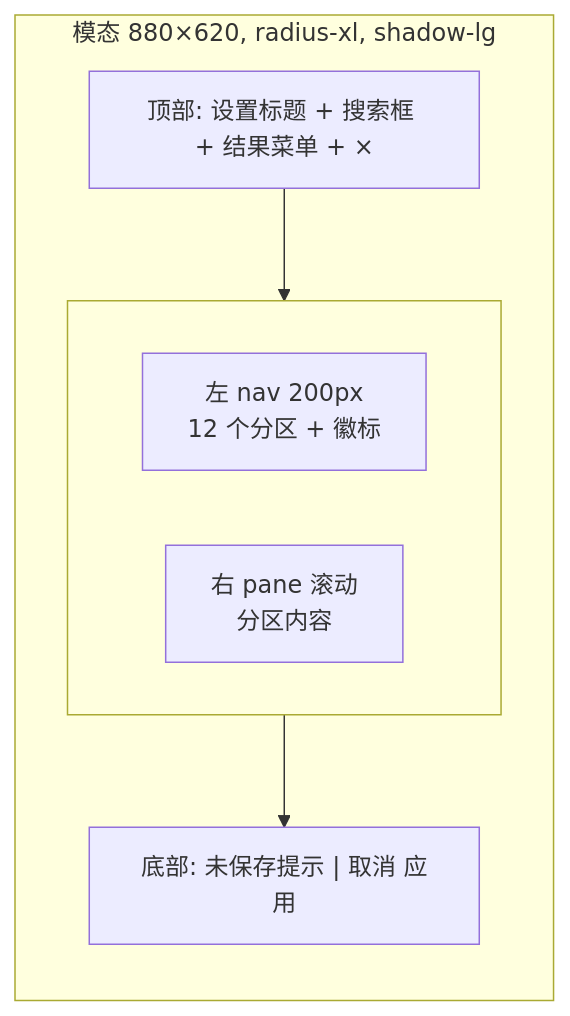
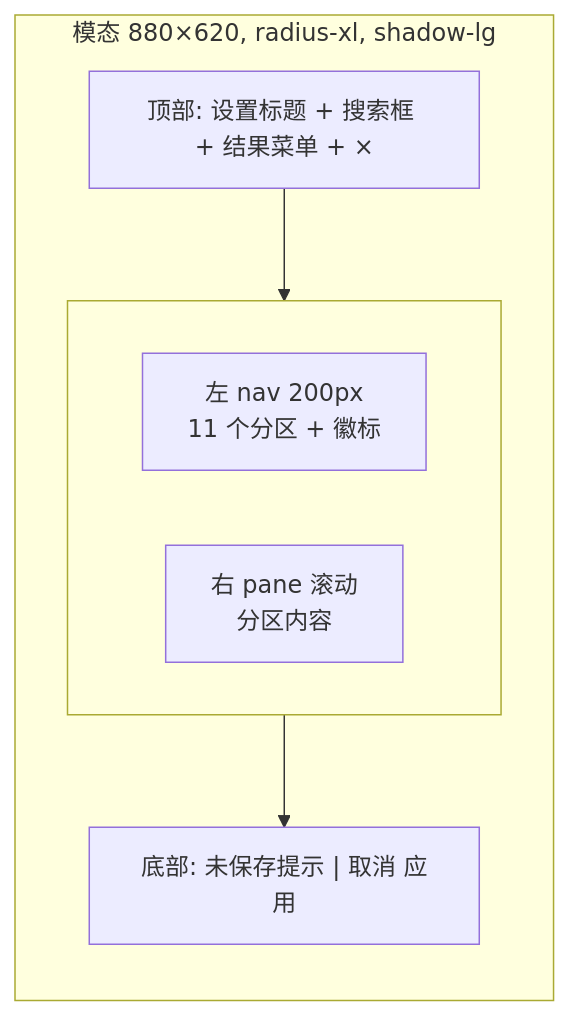
One commit to jinhuang712/open-novel changed the diagram in design/04-settings.md. Above: the diagram before and after it, drawn with Mermaid. The commit also changed other lines of this file and 4 other files, not shown here.

````diff
--- a/design/04-settings.md
+++ b/design/04-settings.md
@@ -11,14 +11,14 @@
 ```mermaid
 flowchart LR
   subgraph DLG["模态 880×620, radius-xl, shadow-lg"]
     direction TB
     TOP["顶部: 设置标题 + 搜索框 + 结果菜单 + ×"]
     subgraph BODY[" "]
       direction LR
-      NAV["左 nav 200px<br/>12 个分区 + 徽标"]
+      NAV["左 nav 200px<br/>11 个分区 + 徽标"]
       PANE["右 pane 滚动<br/>分区内容"]
     end
     FOOT["底部: 未保存提示 | 取消 应用"]
     TOP --> BODY --> FOOT
   end
 ```
````
